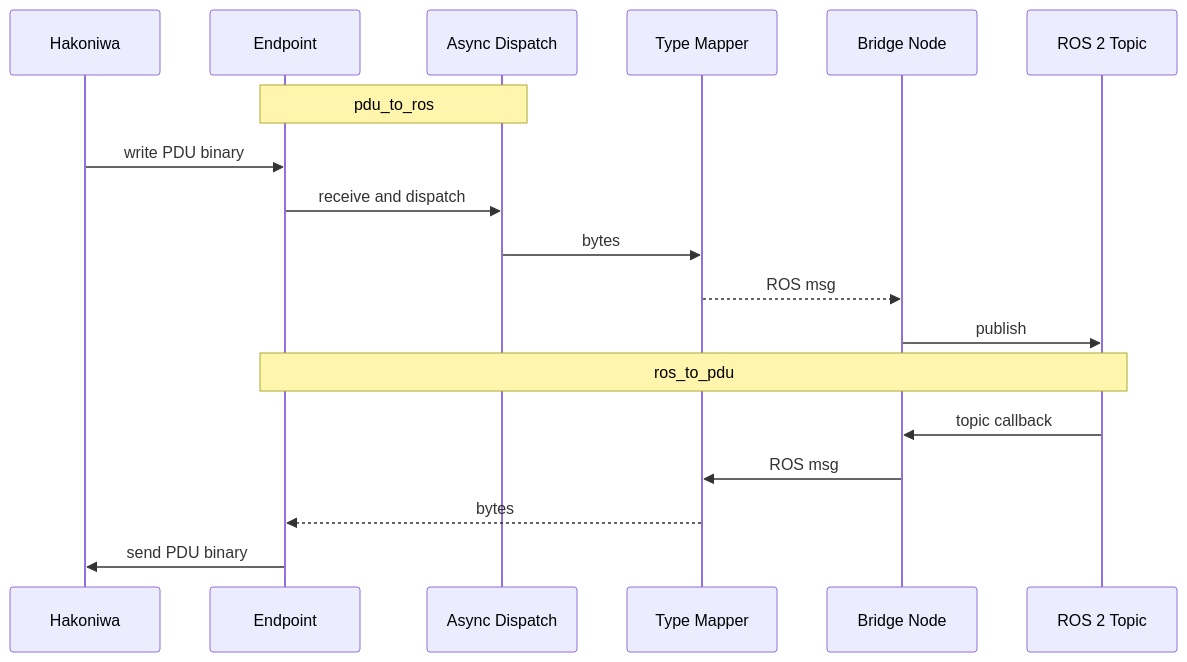
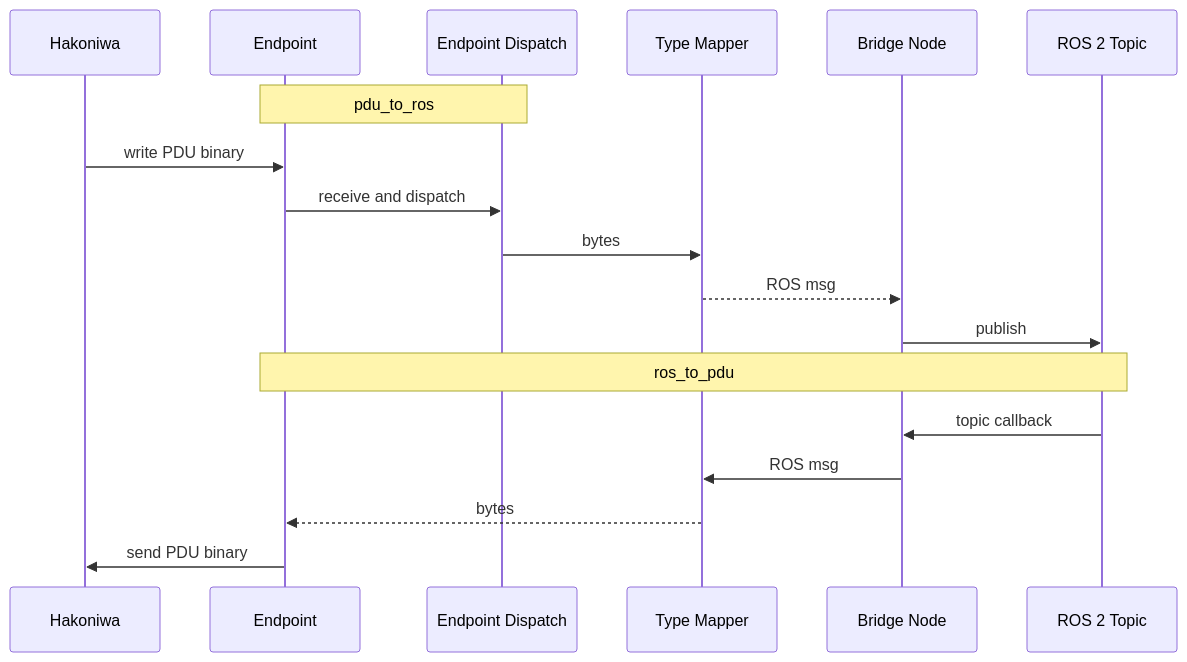
Before and after one commit to hakoniwalab/hakoniwa-pdu-ros: the diagram in DESIGN.md, drawn with Mermaid. The commit also changed other lines of this file and 2 other files, not shown here.

````diff
--- a/DESIGN.md
+++ b/DESIGN.md
@@ -89,22 +89,22 @@
 ```mermaid
 sequenceDiagram
     participant Sim as Hakoniwa
     participant EP as Endpoint
-    participant AQ as Async Dispatch
+    participant AQ as Endpoint Dispatch
     participant TM as Type Mapper
     participant Node as Bridge Node
     participant ROS as ROS 2 Topic
 
     Note over EP,AQ: pdu_to_ros
     Sim->>EP: write PDU binary
     EP->>AQ: receive and dispatch
     AQ->>TM: bytes
     TM-->>Node: ROS msg
     Node->>ROS: publish
 
     Note over ROS,EP: ros_to_pdu
     ROS->>Node: topic callback
     Node->>TM: ROS msg
     TM-->>EP: bytes
     EP->>Sim: send PDU binary
 ```
````
